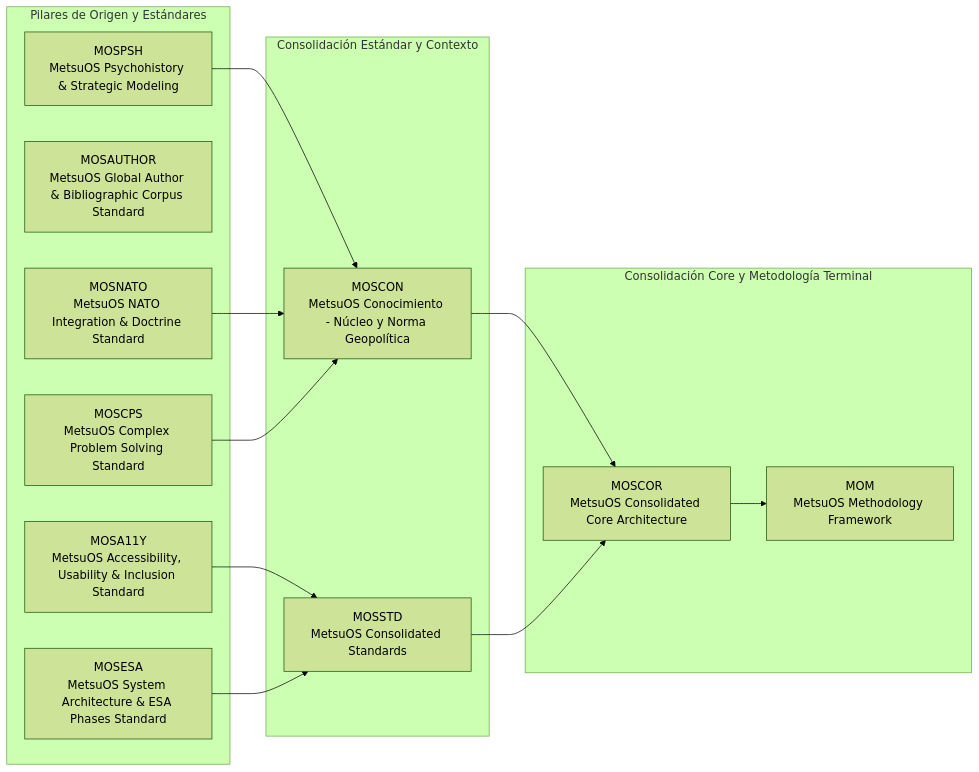
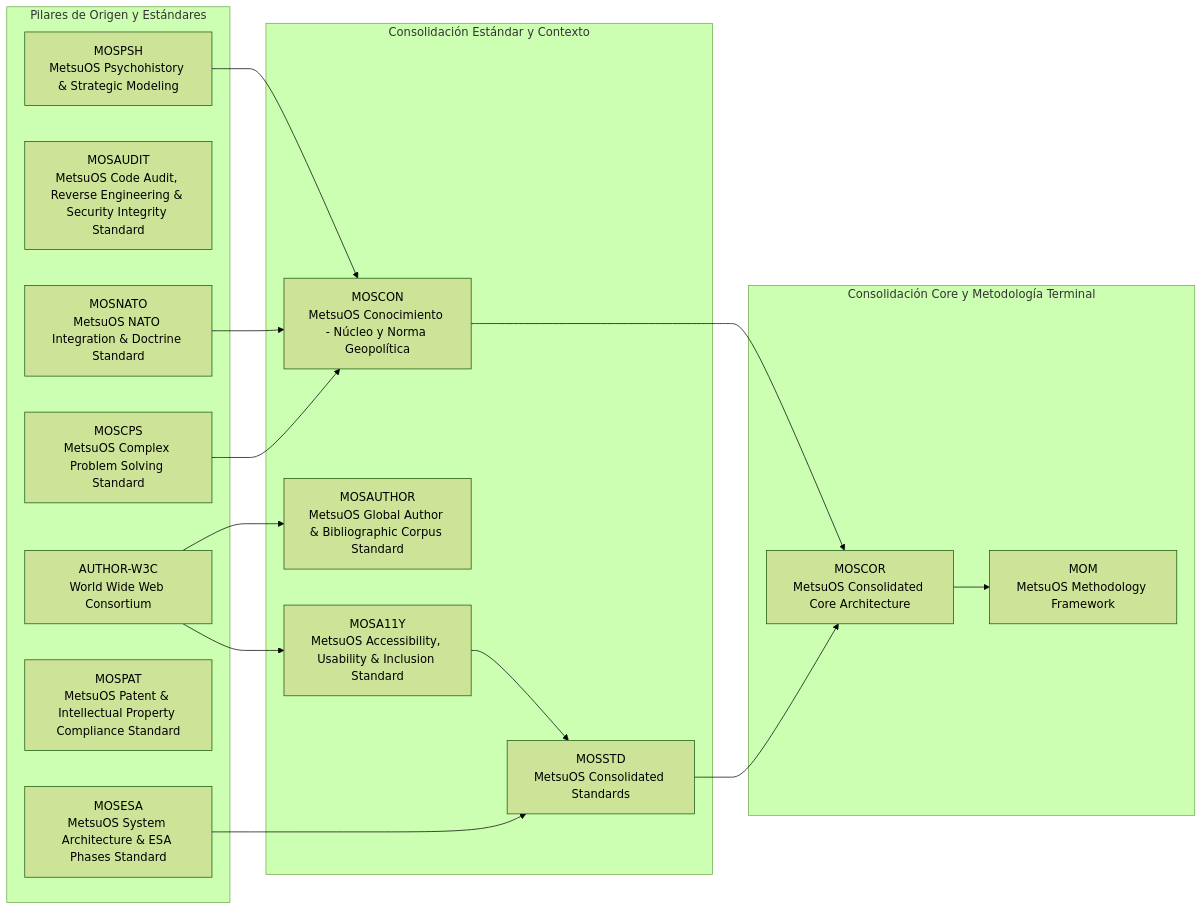
The diagram in README.md (metsuke/mom), drawn with Mermaid (forest theme) before and after one commit. The commit also changed 229 other files, not shown here.

````diff
--- a/README.md
+++ b/README.md
@@ -88,30 +88,35 @@
 ```mermaid
 graph LR
     subgraph Capa_Origen [Pilares de Origen y Estándares]
-        MOSA11Y["MOSA11Y<br/>MetsuOS Accessibility, Usability & Inclusion Standard"]
-        MOSAUTHOR["MOSAUTHOR<br/>MetsuOS Global Author & Bibliographic Corpus Standard"]
+        AUTHOR-W3C["AUTHOR-W3C<br/>World Wide Web Consortium"]
+        MOSAUDIT["MOSAUDIT<br/>MetsuOS Code Audit, Reverse Engineering & Security Integrity Standard"]
         MOSCPS["MOSCPS<br/>MetsuOS Complex Problem Solving Standard"]
         MOSESA["MOSESA<br/>MetsuOS System Architecture & ESA Phases Standard"]
         MOSNATO["MOSNATO<br/>MetsuOS NATO Integration & Doctrine Standard"]
+        MOSPAT["MOSPAT<br/>MetsuOS Patent & Intellectual Property Compliance Standard"]
         MOSPSH["MOSPSH<br/>MetsuOS Psychohistory & Strategic Modeling"]
     end
 
     subgraph Capa_Intermedia [Consolidación Estándar y Contexto]
+        MOSA11Y["MOSA11Y<br/>MetsuOS Accessibility, Usability & Inclusion Standard"]
+        MOSAUTHOR["MOSAUTHOR<br/>MetsuOS Global Author & Bibliographic Corpus Standard"]
         MOSCON["MOSCON<br/>MetsuOS Conocimiento - Núcleo y Norma Geopolítica"]
         MOSSTD["MOSSTD<br/>MetsuOS Consolidated Standards"]
     end
 
     subgraph Capa_Core [Consolidación Core y Metodología Terminal]
         MOSCOR["MOSCOR<br/>MetsuOS Consolidated Core Architecture"]
         MOM["MOM<br/>MetsuOS Methodology Framework"]
     end
 
     MOSCOR --> MOM
+    AUTHOR-W3C --> MOSA11Y
+    AUTHOR-W3C --> MOSAUTHOR
     MOSPSH --> MOSCON
     MOSNATO --> MOSCON
     MOSCPS --> MOSCON
     MOSCON --> MOSCOR
     MOSSTD --> MOSCOR
     MOSA11Y --> MOSSTD
     MOSESA --> MOSSTD
 ```
````
